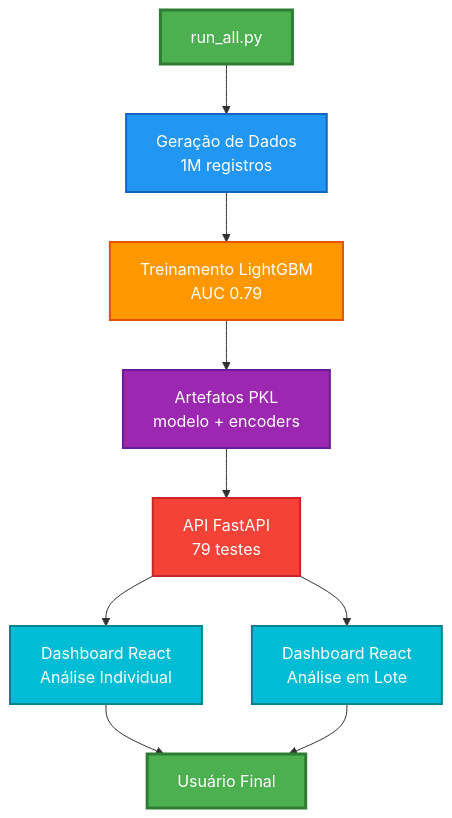
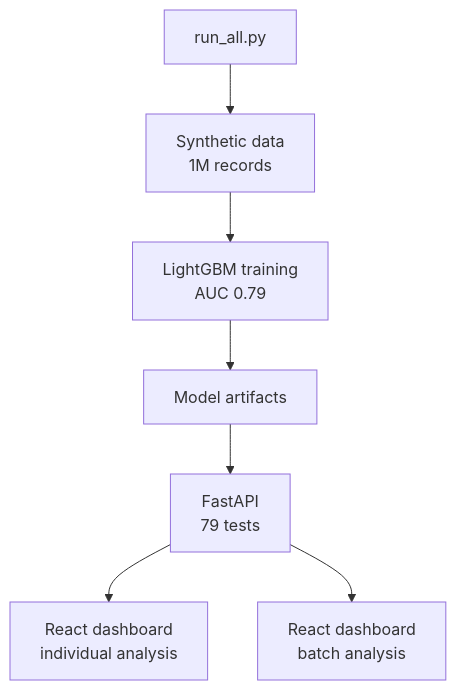
One commit to felipesbonatti/case-credit-risk-prediction changed the diagram in README.md. Above: the diagram before and after it, drawn with Mermaid. The commit also changed other lines of this file, not shown here.

````diff
--- a/README.md
+++ b/README.md
@@ -129,20 +64,9 @@
 ```mermaid
 graph TB
-    A[run_all.py] --> B[Geração de Dados<br/>1M registros]
-    B --> C[Treinamento LightGBM<br/>AUC 0.79]
-    C --> D[Artefatos PKL<br/>modelo + encoders]
-    D --> E[API FastAPI<br/>79 testes]
-    E --> F[Dashboard React<br/>Análise Individual]
-    E --> G[Dashboard React<br/>Análise em Lote]
-    F --> H[Usuário Final]
-    G --> H
-    
-    style A fill:#4CAF50,stroke:#2E7D32,stroke-width:3px,color:#fff
-    style B fill:#2196F3,stroke:#1565C0,stroke-width:2px,color:#fff
-    style C fill:#FF9800,stroke:#E65100,stroke-width:2px,color:#fff
-    style D fill:#9C27B0,stroke:#6A1B9A,stroke-width:2px,color:#fff
-    style E fill:#F44336,stroke:#C62828,stroke-width:2px,color:#fff
-    style F fill:#00BCD4,stroke:#00838F,stroke-width:2px,color:#fff
-    style G fill:#00BCD4,stroke:#00838F,stroke-width:2px,color:#fff
-    style H fill:#4CAF50,stroke:#2E7D32,stroke-width:3px,color:#fff
+    A[run_all.py] --> B[Synthetic data<br/>1M records]
+    B --> C[LightGBM training<br/>AUC 0.79]
+    C --> D[Model artifacts]
+    D --> E[FastAPI<br/>79 tests]
+    E --> F[React dashboard<br/>individual analysis]
+    E --> G[React dashboard<br/>batch analysis]
 ```
````
